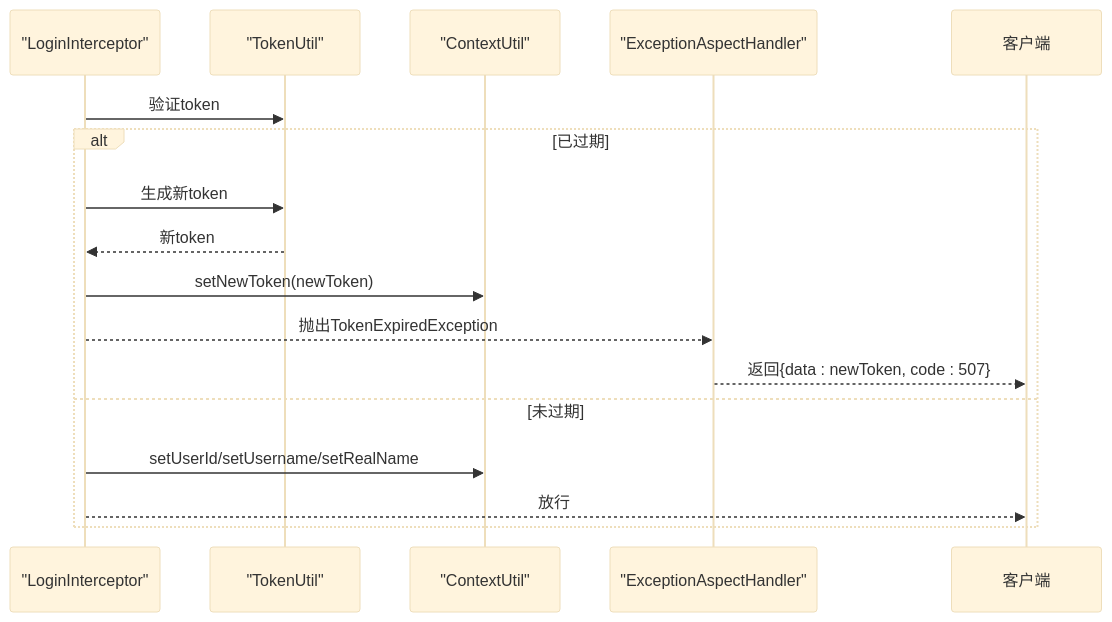
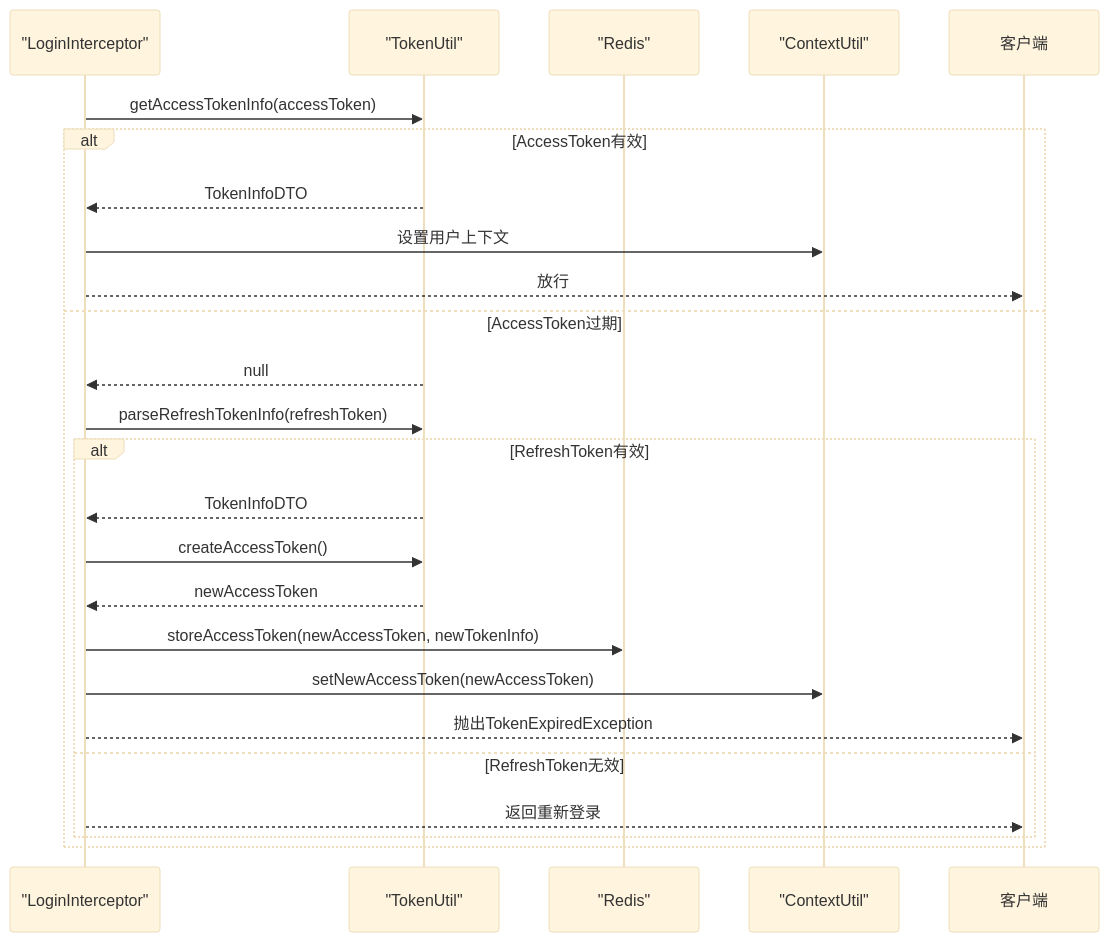
The eighth of 10 diagrams in .qoder/repowiki/zh/content/安全与认证/JWT认证机制.md (liftp/chat_simple), drawn with Mermaid (base theme) before and after one commit. The commit also changed other lines of this file and 6 other files, not shown here.

````diff
--- a/.qoder/repowiki/zh/content/安全与认证/JWT认证机制.md
+++ b/.qoder/repowiki/zh/content/安全与认证/JWT认证机制.md
@@ -266,18 +332,26 @@
 ```mermaid
 sequenceDiagram
 participant Inter as "LoginInterceptor"
 participant TU as "TokenUtil"
+participant Redis as "Redis"
 participant Ctx as "ContextUtil"
-participant AOP as "ExceptionAspectHandler"
-Inter->>TU : 验证token
-alt 已过期
-Inter->>TU : 生成新token
-TU-->>Inter : 新token
-Inter->>Ctx : setNewToken(newToken)
-Inter-->>AOP : 抛出TokenExpiredException
-AOP-->>客户端 : 返回{data : newToken, code : 507}
-else 未过期
-Inter->>Ctx : setUserId/setUsername/setRealName
+Inter->>TU : getAccessTokenInfo(accessToken)
+alt AccessToken有效
+TU-->>Inter : TokenInfoDTO
+Inter->>Ctx : 设置用户上下文
 Inter-->>客户端 : 放行
+else AccessToken过期
+TU-->>Inter : null
+Inter->>TU : parseRefreshTokenInfo(refreshToken)
+alt RefreshToken有效
+TU-->>Inter : TokenInfoDTO
+Inter->>TU : createAccessToken()
+TU-->>Inter : newAccessToken
+Inter->>Redis : storeAccessToken(newAccessToken, newTokenInfo)
+Inter->>Ctx : setNewAccessToken(newAccessToken)
+Inter-->>客户端 : 抛出TokenExpiredException
+else RefreshToken无效
+Inter-->>客户端 : 返回重新登录
+end
 end
 ```
````
